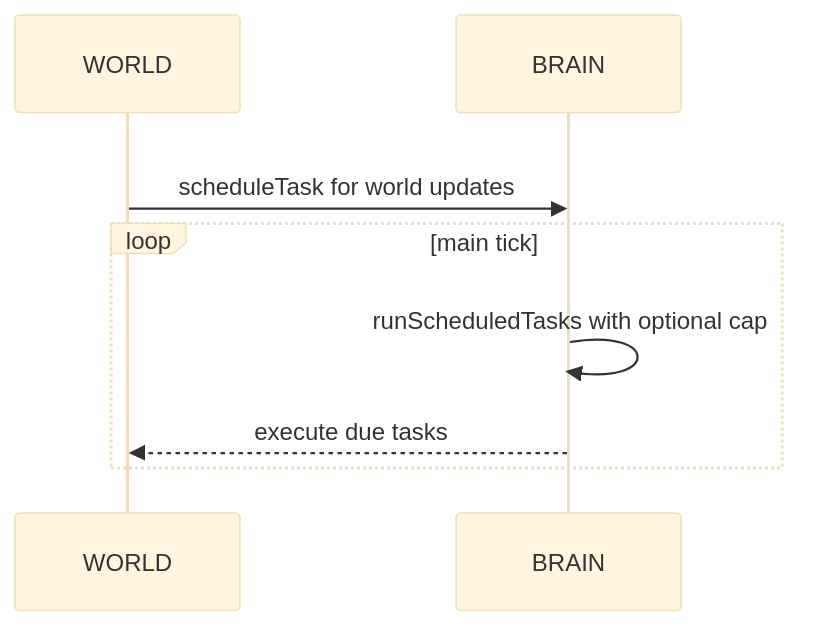
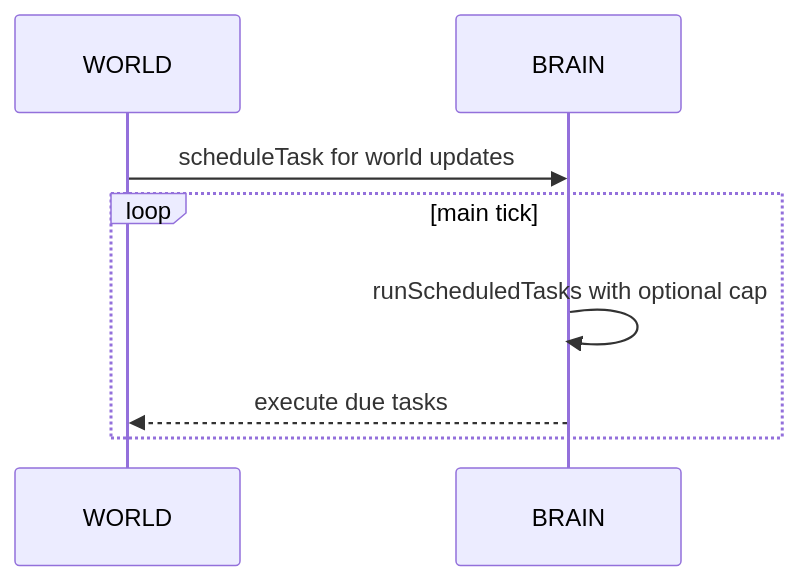
The third of 3 diagrams in docs/brain/scheduler.md (Gh0st352/AETHR), drawn with Mermaid before and after one commit. The commit also changed other lines of this file and 20 other files, not shown here.

First line of the commit message:
docs: unify mermaid themes and clarify module graphs

````diff
--- a/docs/brain/scheduler.md
+++ b/docs/brain/scheduler.md
@@ -64,13 +60,11 @@
 ```mermaid
-%%{init: {"theme":"base"}}%%
+%% shared theme: docs/_mermaid/theme.json %%
 sequenceDiagram
-  rect rgba(255,255,255,0.75)
-    participant WL as WORLD
-    participant BR as BRAIN
-    WL->>BR: scheduleTask for world updates
-    loop main tick
-      BR->>BR: runScheduledTasks with optional cap
-      BR-->>WL: execute due tasks
-    end
+  participant WL as WORLD
+  participant BR as BRAIN
+  WL->>BR: scheduleTask for world updates
+  loop main tick
+    BR->>BR: runScheduledTasks with optional cap
+    BR-->>WL: execute due tasks
   end
 ```
````
